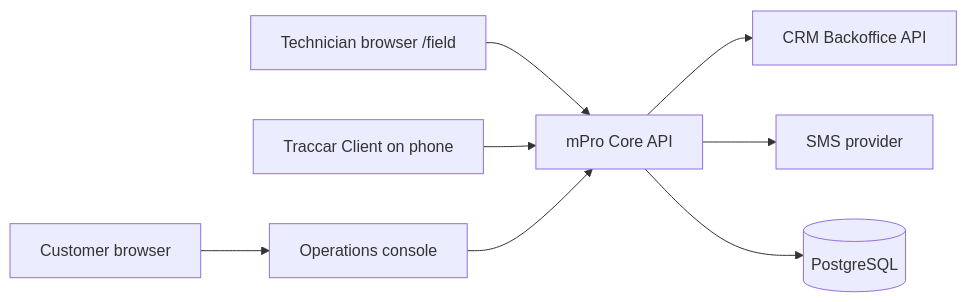
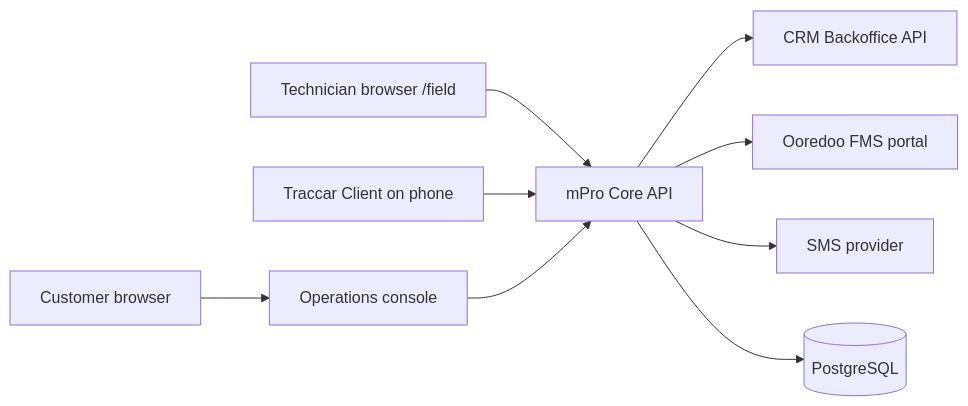
One commit to Roak-kenandy/ticketify changed the diagram in docs/ARCHITECTURE.md. Above: the diagram before and after it, drawn with Mermaid. The commit also changed other lines of this file and 7 other files, not shown here.

````diff
--- a/docs/ARCHITECTURE.md
+++ b/docs/ARCHITECTURE.md
@@ -19,19 +19,21 @@
 ```mermaid
 flowchart LR
   Tech[Technician browser /field]
   Traccar[Traccar Client on phone]
   Admin[Operations console]
   Customer[Customer browser]
   API[mPro Core API]
   CRM[CRM Backoffice API]
+  FMS[Ooredoo FMS portal]
   SMS[SMS provider]
   PG[(PostgreSQL)]
 
   Tech --> API
   Traccar --> API
   Admin --> API
   Customer --> Admin
   API --> CRM
+  API --> FMS
   API --> SMS
   API --> PG
 ```
````
